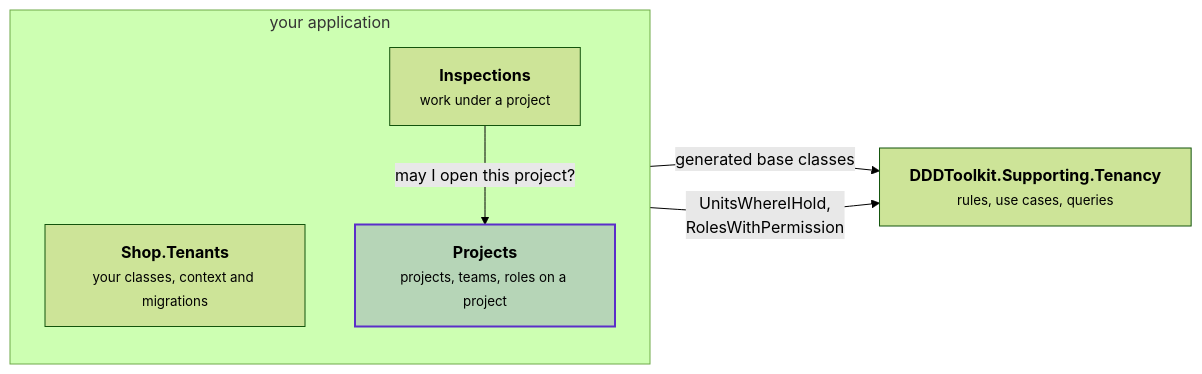
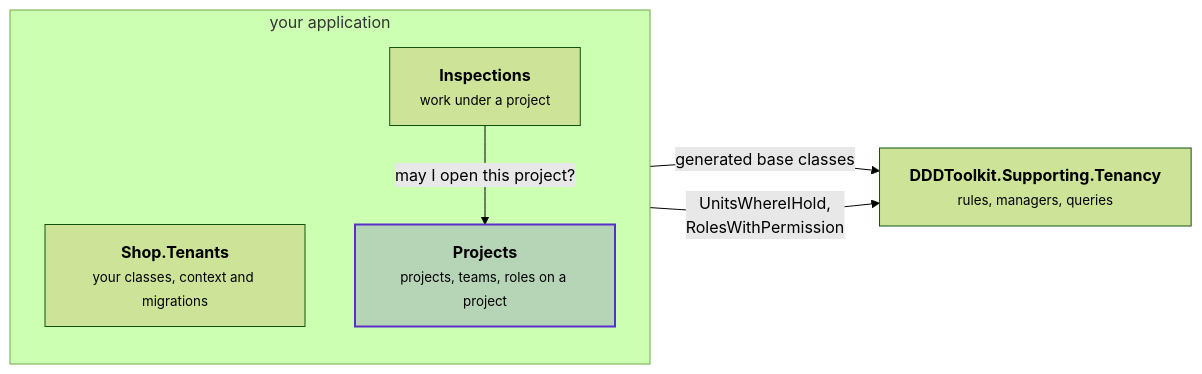
One commit to DylanSnel/DDDToolkit changed the first of 2 diagrams in docs/tenancy/who-may-do-what.md. Above: the diagram before and after it, drawn with Mermaid (forest theme). The commit also changed other lines of this file and 24 other files, not shown here.

````diff
--- a/docs/tenancy/who-may-do-what.md
+++ b/docs/tenancy/who-may-do-what.md
@@ -53,15 +67,15 @@
 ```mermaid
 flowchart LR
     subgraph application ["your application"]
         direction TB
         tenants["<b>Shop.Tenants</b><br/><small>your classes, context and migrations</small>"]
         projects["<b>Projects</b><br/><small>projects, teams, roles on a project</small>"]
         inspections["<b>Inspections</b><br/><small>work under a project</small>"]
     end
-    package["<b>DDDToolkit.Supporting.Tenancy</b><br/><small>rules, use cases, queries</small>"]
+    package["<b>DDDToolkit.Supporting.Tenancy</b><br/><small>rules, managers, queries</small>"]
     tenants -- "generated base classes" --> package
     projects -- "UnitsWhereIHold,<br/>RolesWithPermission" --> package
     inspections -- "may I open this project?" --> projects
     classDef strong fill:#5b2ec933,stroke:#5b2ec9,stroke-width:2px
     class projects strong
 ```
````
